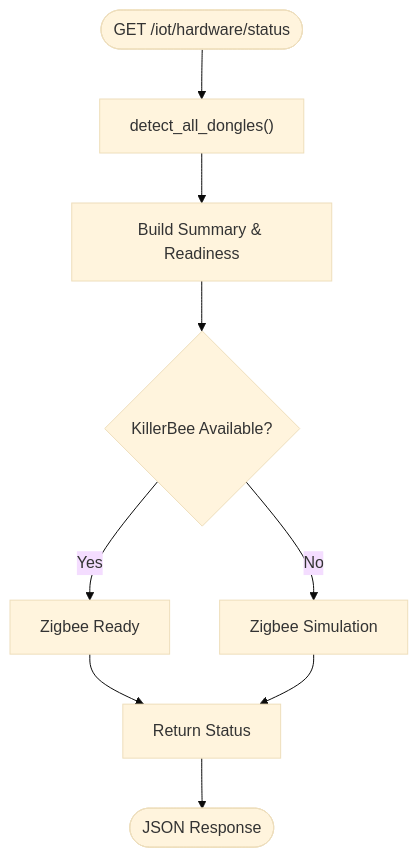
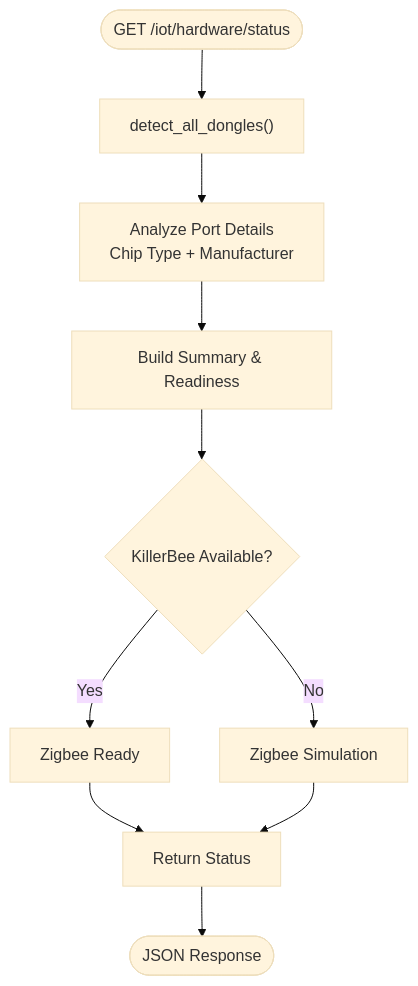
Before and after one commit to MohandWaleed3/PentexOne: the tenth of 11 diagrams in .qoder/repowiki/en/content/API Reference/IoT Scanning API.md, drawn with Mermaid (base theme). The commit also changed other lines of this file and 5 other files, not shown here.

````diff
--- a/.qoder/repowiki/en/content/API Reference/IoT Scanning API.md
+++ b/.qoder/repowiki/en/content/API Reference/IoT Scanning API.md
@@ -340,11 +425,12 @@
 ```mermaid
 flowchart TD
 Start(["GET /iot/hardware/status"]) --> Detect["detect_all_dongles()"]
-Detect --> Summarize["Build Summary & Readiness"]
+Detect --> Analyze["Analyze Port Details<br/>Chip Type + Manufacturer"]
+Analyze --> Summarize["Build Summary & Readiness"]
 Summarize --> Ready{"KillerBee Available?"}
 Ready --> |Yes| ZigbeeReady["Zigbee Ready"]
 Ready --> |No| ZigbeeSim["Zigbee Simulation"]
 ZigbeeReady --> Return["Return Status"]
 ZigbeeSim --> Return
 Return --> End(["JSON Response"])
 ```
````
